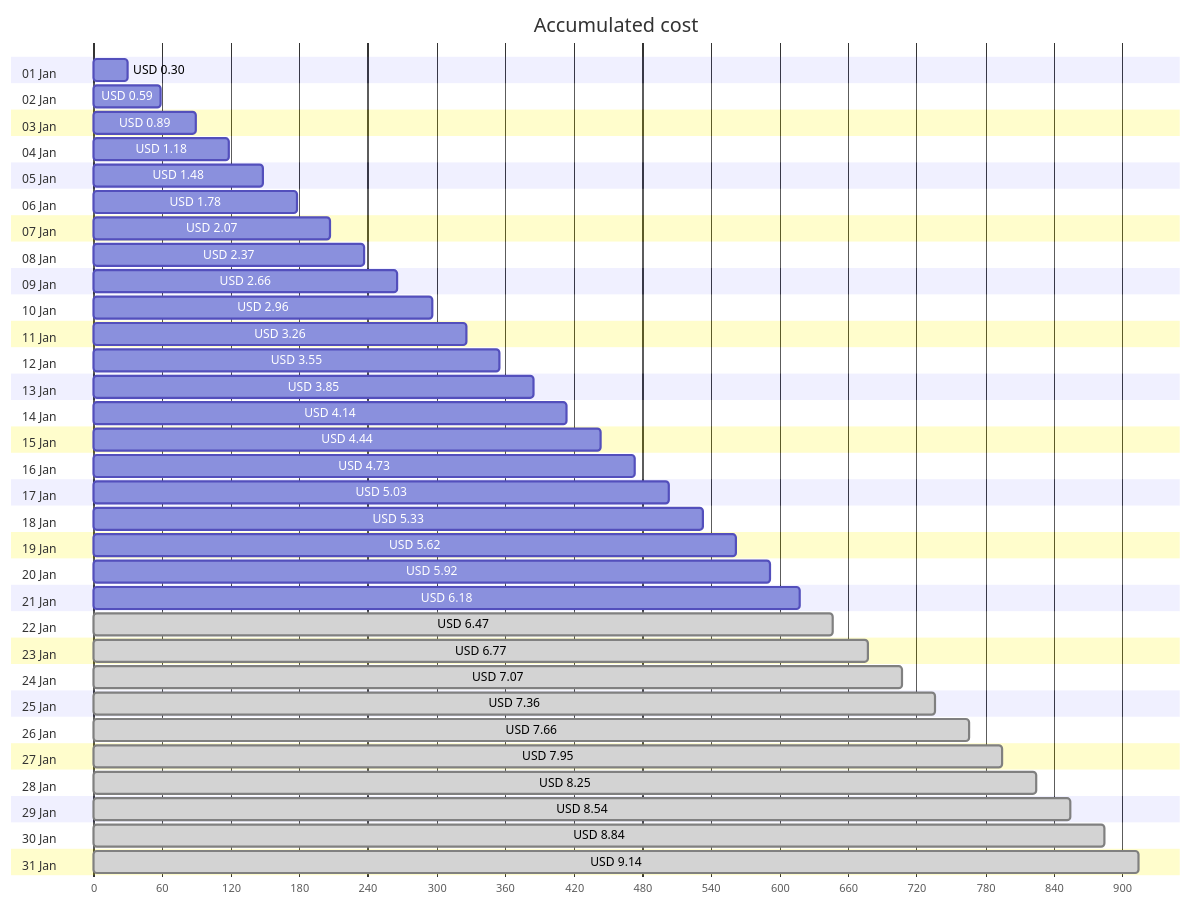
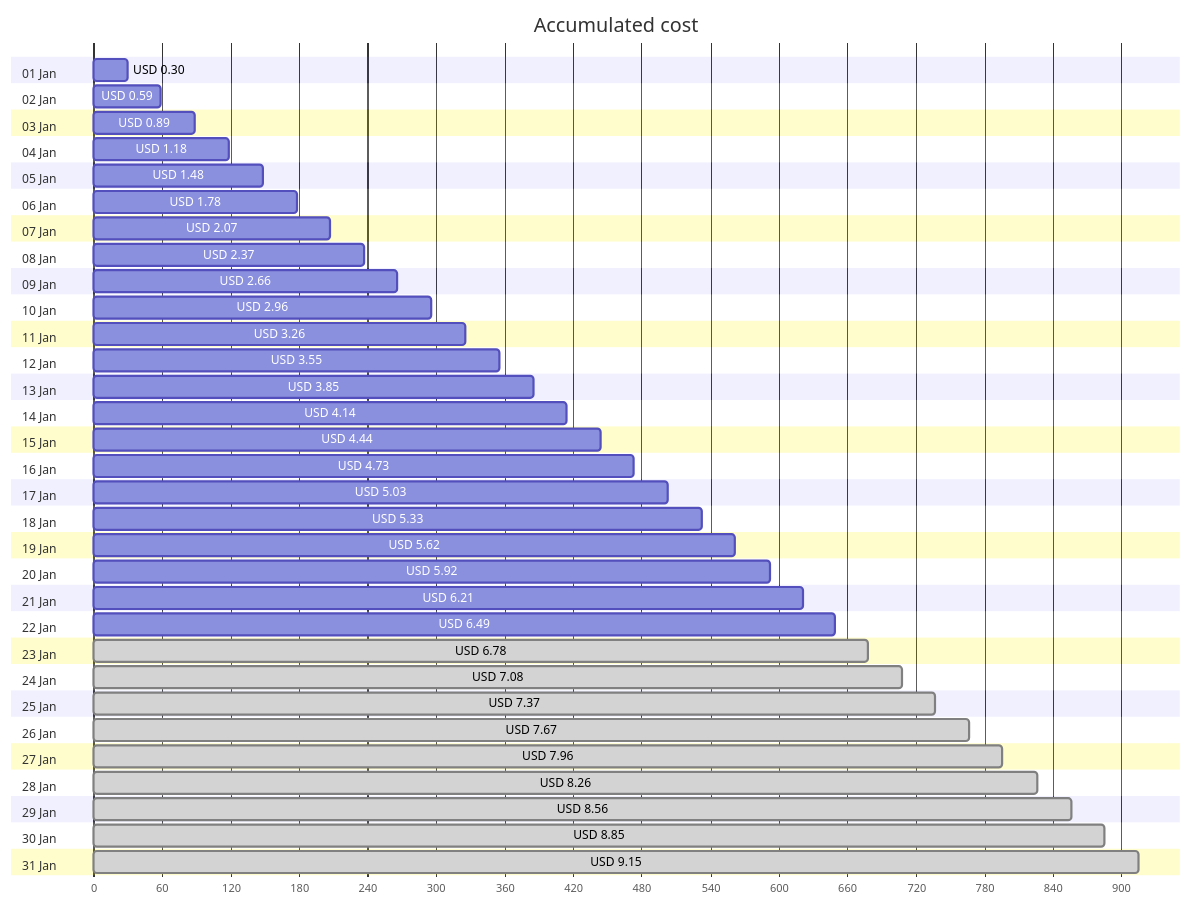
One commit to jpfulton/azure-personal-reports changed the first of 4 diagrams in cost-reports/personal-site/personal-site-preview.md. Above: the diagram before and after it, drawn with Mermaid. The commit also changed other lines of this file and 6 other files, not shown here.

````diff
--- a/cost-reports/personal-site/personal-site-preview.md
+++ b/cost-reports/personal-site/personal-site-preview.md
@@ -20,68 +20,68 @@
 ```mermaid
 gantt
    title Accumulated cost
    dateFormat  X
    axisFormat %s
    section 01 Jan
    USD 0.30 :0, 30
    section 02 Jan
    USD 0.59 :0, 59
    section 03 Jan
    USD 0.89 :0, 89
    section 04 Jan
    USD 1.18 :0, 118
    section 05 Jan
    USD 1.48 :0, 148
    section 06 Jan
    USD 1.78 :0, 178
    section 07 Jan
    USD 2.07 :0, 207
    section 08 Jan
    USD 2.37 :0, 237
    section 09 Jan
    USD 2.66 :0, 266
    section 10 Jan
    USD 2.96 :0, 296
    section 11 Jan
    USD 3.26 :0, 326
    section 12 Jan
    USD 3.55 :0, 355
    section 13 Jan
    USD 3.85 :0, 385
    section 14 Jan
    USD 4.14 :0, 414
    section 15 Jan
    USD 4.44 :0, 444
    section 16 Jan
    USD 4.73 :0, 473
    section 17 Jan
    USD 5.03 :0, 503
    section 18 Jan
    USD 5.33 :0, 533
    section 19 Jan
    USD 5.62 :0, 562
    section 20 Jan
    USD 5.92 :0, 592
    section 21 Jan
-   USD 6.18 :0, 618
+   USD 6.21 :0, 621
    section 22 Jan
-   USD 6.47 : done, 0, 647
+   USD 6.49 :0, 649
    section 23 Jan
-   USD 6.77 : done, 0, 677
+   USD 6.78 : done, 0, 678
    section 24 Jan
-   USD 7.07 : done, 0, 707
+   USD 7.08 : done, 0, 708
    section 25 Jan
-   USD 7.36 : done, 0, 736
+   USD 7.37 : done, 0, 737
    section 26 Jan
-   USD 7.66 : done, 0, 766
+   USD 7.67 : done, 0, 767
    section 27 Jan
-   USD 7.95 : done, 0, 795
+   USD 7.96 : done, 0, 796
    section 28 Jan
-   USD 8.25 : done, 0, 825
+   USD 8.26 : done, 0, 826
    section 29 Jan
-   USD 8.54 : done, 0, 854
+   USD 8.56 : done, 0, 856
    section 30 Jan
-   USD 8.84 : done, 0, 884
+   USD 8.85 : done, 0, 885
    section 31 Jan
-   USD 9.14 : done, 0, 914
+   USD 9.15 : done, 0, 915
 ```
````
